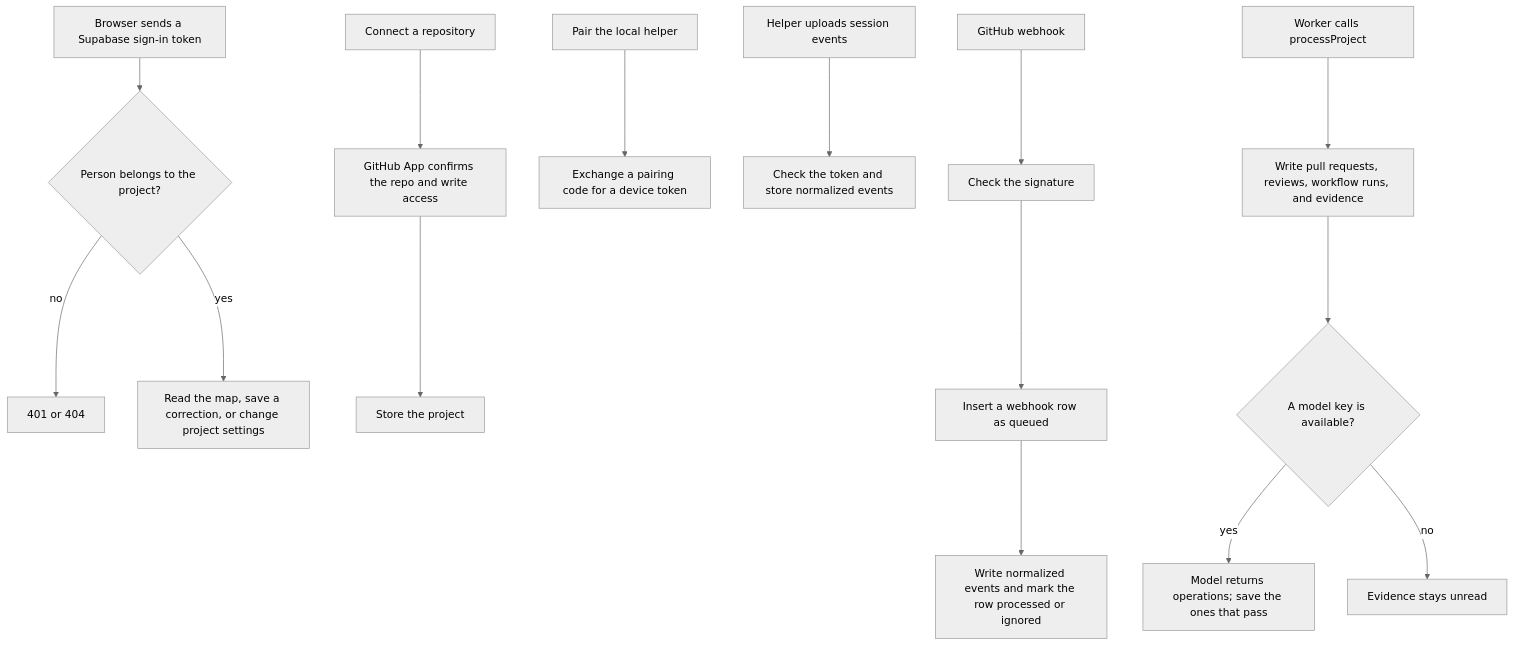
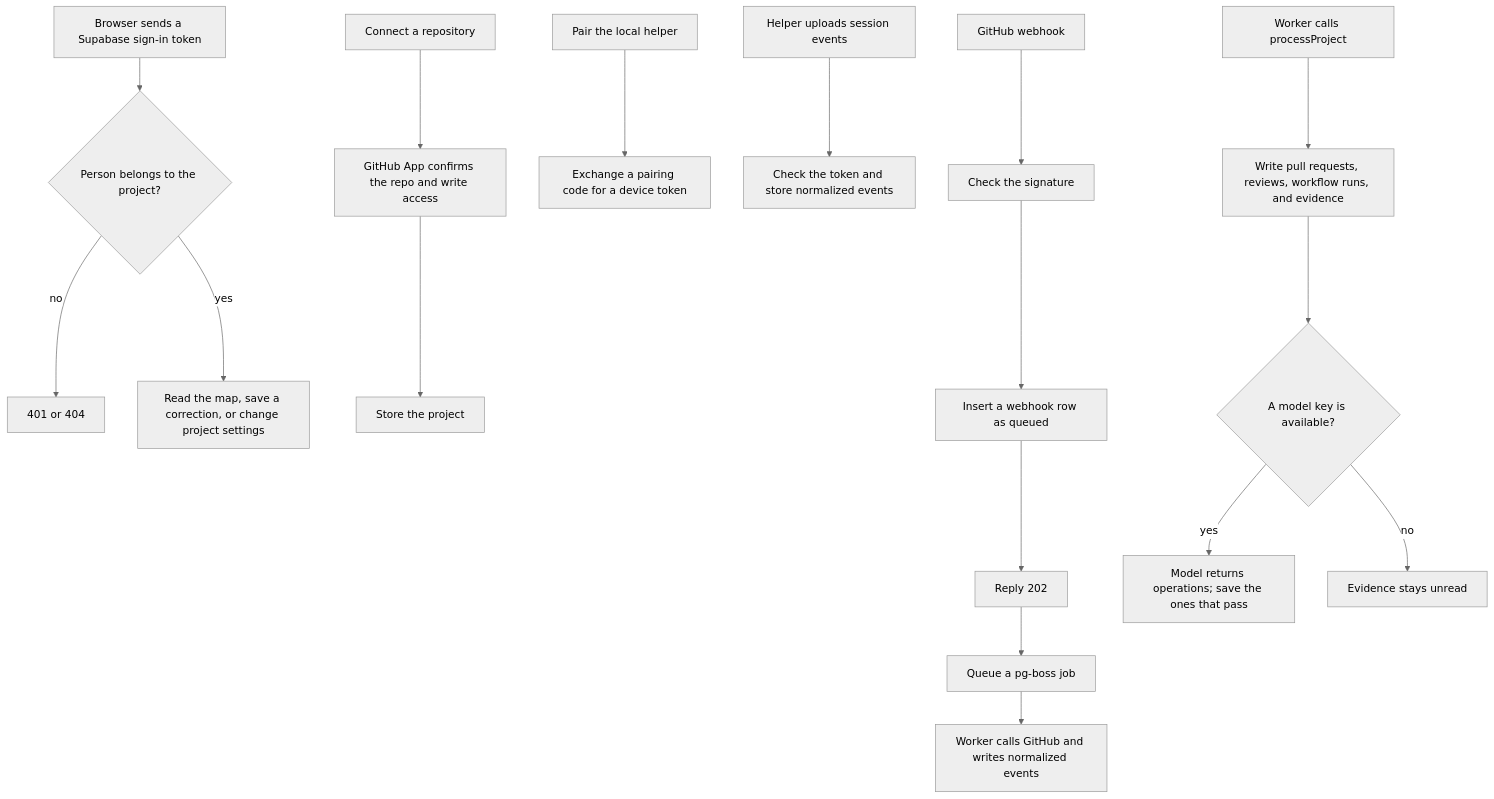
One commit to bryanlaiwei/automatic-project-map changed the diagram in apps/api/README.md. Above: the diagram before and after it, drawn with Mermaid (neutral theme). The commit also changed other lines of this file and 13 other files, not shown here.

Commit message:
Reply to GitHub webhooks before enrichment so GitHub does not time out.

````diff
--- a/apps/api/README.md
+++ b/apps/api/README.md
@@ -7,21 +7,23 @@
 ```mermaid
 flowchart TD
   signin["Browser sends a Supabase sign-in token"] --> member{"Person belongs to the project?"}
   member -->|no| reject["401 or 404"]
   member -->|yes| routes["Read the map, save a correction, or change project settings"]
 
   connect["Connect a repository"] --> access["GitHub App confirms the repo and write access"]
   access --> project["Store the project"]
 
   pair["Pair the local helper"] --> token["Exchange a pairing code for a device token"]
   upload["Helper uploads session events"] --> ingest["Check the token and store normalized events"]
 
   hook["GitHub webhook"] --> sig["Check the signature"]
   sig --> row["Insert a webhook row as queued"]
-  row --> finish["Write normalized events and mark the row processed or ignored"]
+  row --> ack["Reply 202"]
+  ack --> job["Queue a pg-boss job"]
+  job --> finish["Worker calls GitHub and writes normalized events"]
 
   worker["Worker calls processProject"] --> facts["Write pull requests, reviews, workflow runs, and evidence"]
   facts --> model{"A model key is available?"}
   model -->|yes| interpret["Model returns operations; save the ones that pass"]
   model -->|no| unread["Evidence stays unread"]
 ```
````
